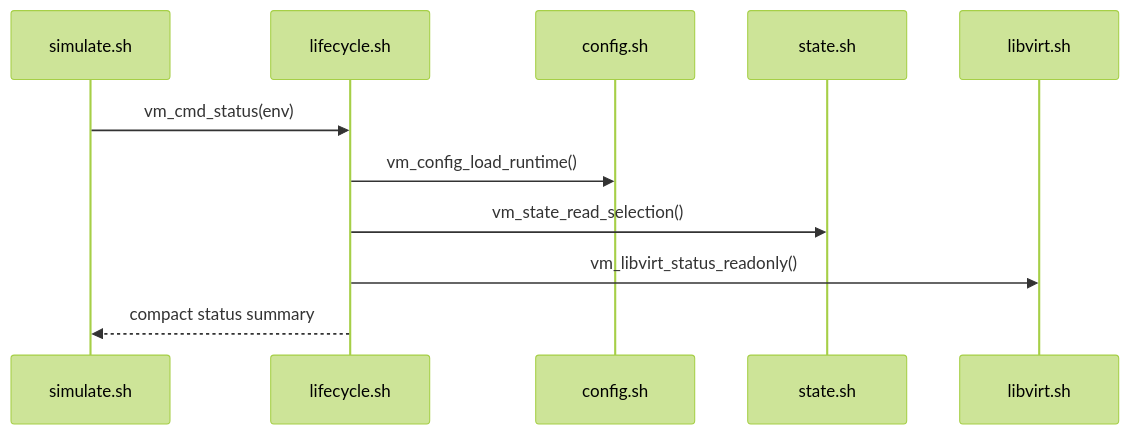
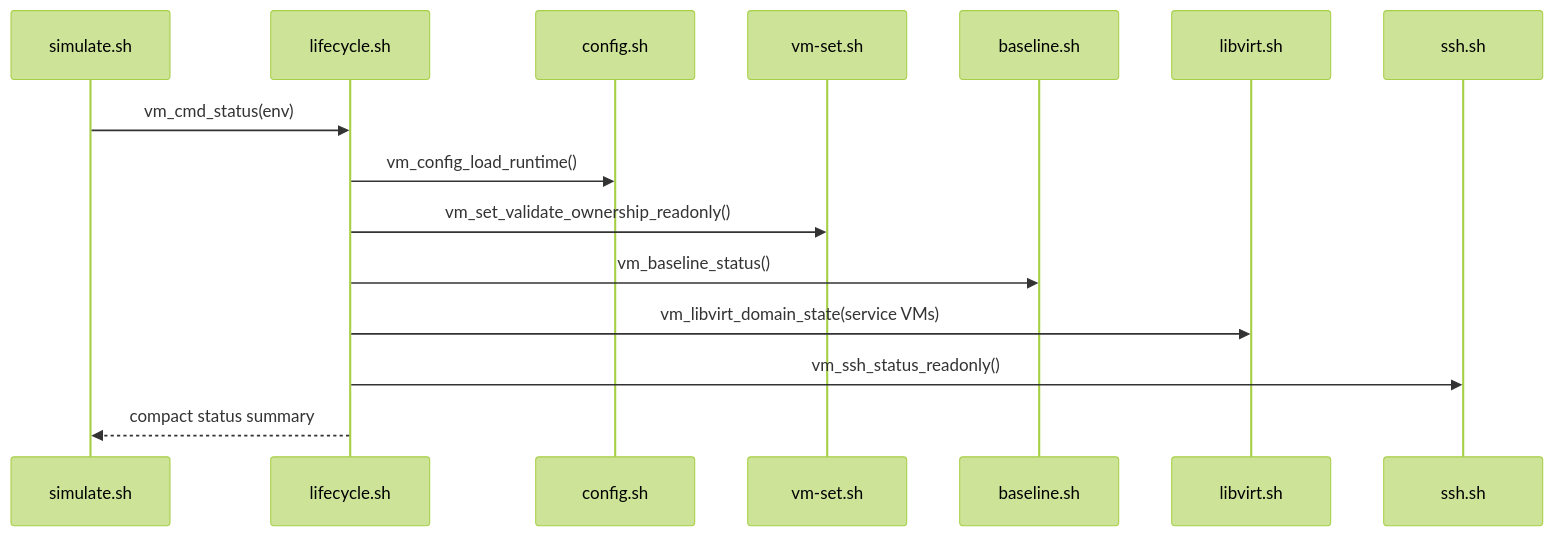
The fifth of 19 diagrams in simulation/vm/sequences.md (NoNine/loopforge), drawn with Mermaid (forest theme) before and after one commit. The commit also changed other lines of this file and 18 other files, not shown here.

````diff
--- a/simulation/vm/sequences.md
+++ b/simulation/vm/sequences.md
@@ -99,14 +99,18 @@
 ```mermaid
 sequenceDiagram
   participant CLI as simulate.sh
   participant LC as lifecycle.sh
   participant CFG as config.sh
-  participant ST as state.sh
+  participant SET as vm-set.sh
+  participant BASE as baseline.sh
   participant LV as libvirt.sh
+  participant SSH as ssh.sh
 
   CLI->>LC: vm_cmd_status(env)
   LC->>CFG: vm_config_load_runtime()
-  LC->>ST: vm_state_read_selection()
-  LC->>LV: vm_libvirt_status_readonly()
+  LC->>SET: vm_set_validate_ownership_readonly()
+  LC->>BASE: vm_baseline_status()
+  LC->>LV: vm_libvirt_domain_state(service VMs)
+  LC->>SSH: vm_ssh_status_readonly()
   LC-->>CLI: compact status summary
 ```
````
